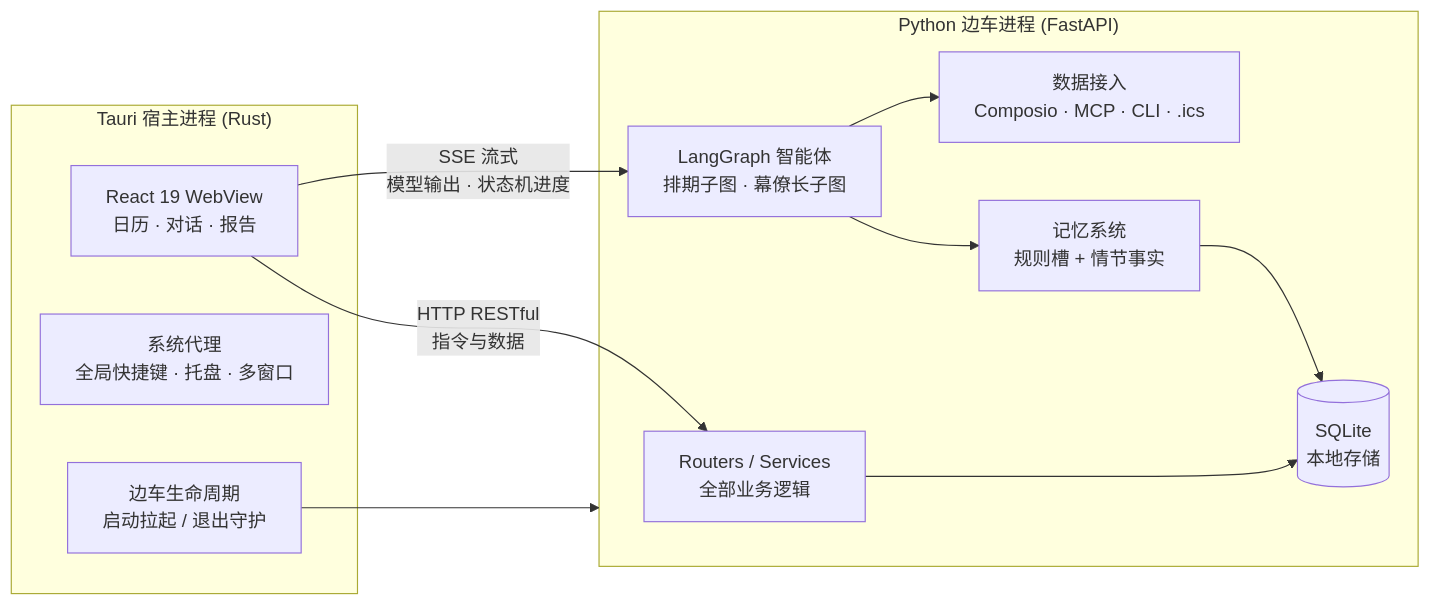
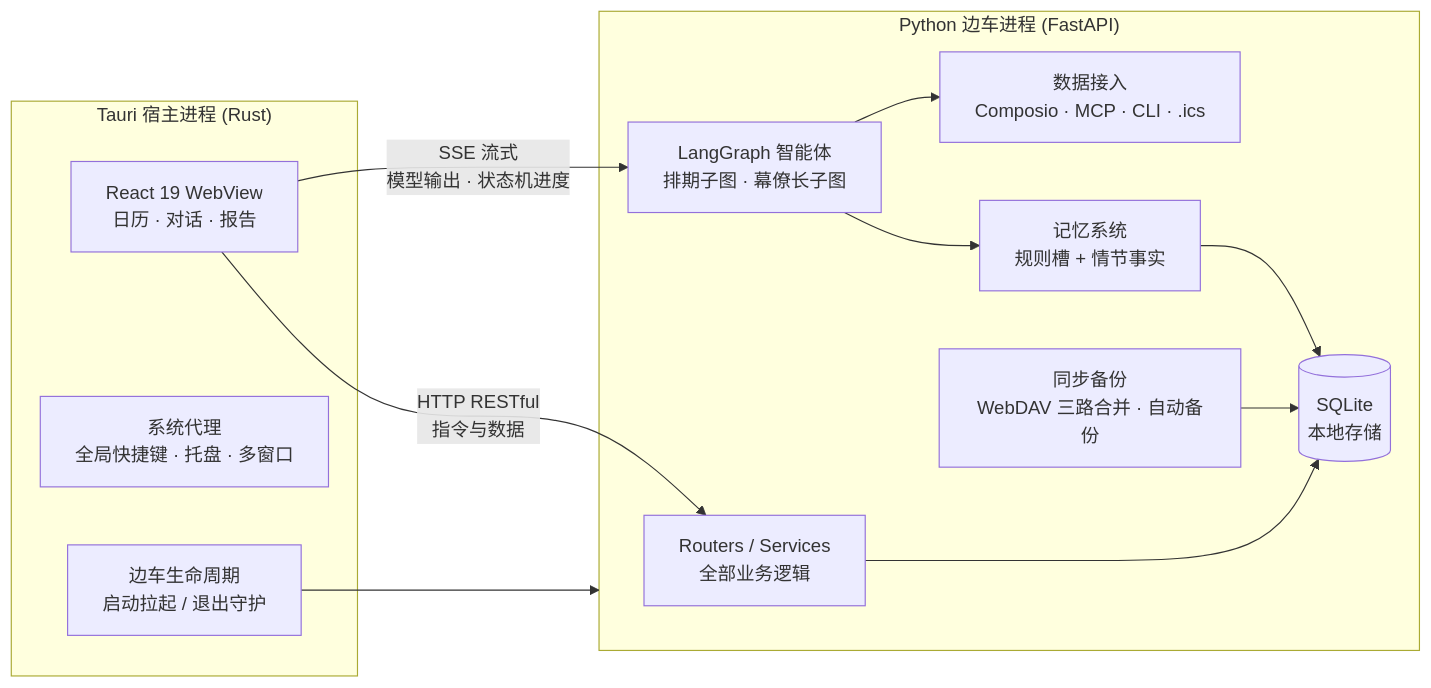
The diagram in README.md (HatBoy/Clara), drawn with Mermaid before and after one commit. The commit also changed other lines of this file and 1 other file, not shown here.

````diff
--- a/README.md
+++ b/README.md
@@ -128,22 +142,24 @@
 ```mermaid
 flowchart LR
     subgraph HOST["Tauri 宿主进程 (Rust)"]
         UI["React 19 WebView<br/>日历 · 对话 · 报告"]
         SYS["系统代理<br/>全局快捷键 · 托盘 · 多窗口"]
         LIFE["边车生命周期<br/>启动拉起 / 退出守护"]
     end
     subgraph SIDE["Python 边车进程 (FastAPI)"]
         API["Routers / Services<br/>全部业务逻辑"]
         AGENT["LangGraph 智能体<br/>排期子图 · 幕僚长子图"]
         MEM["记忆系统<br/>规则槽 + 情节事实"]
         ING["数据接入<br/>Composio · MCP · CLI · .ics"]
+        SYNC["同步备份<br/>WebDAV 三路合并 · 自动备份"]
         DB[("SQLite<br/>本地存储")]
     end
     UI -->|"HTTP RESTful<br/>指令与数据"| API
     UI -->|"SSE 流式<br/>模型输出 · 状态机进度"| AGENT
     LIFE --> SIDE
     AGENT --> MEM
     AGENT --> ING
     API --> DB
     MEM --> DB
+    SYNC --> DB
 ```
````
